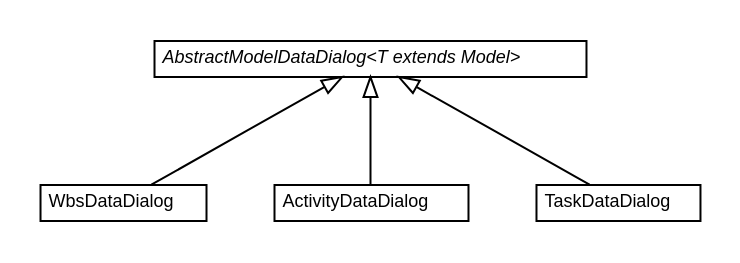
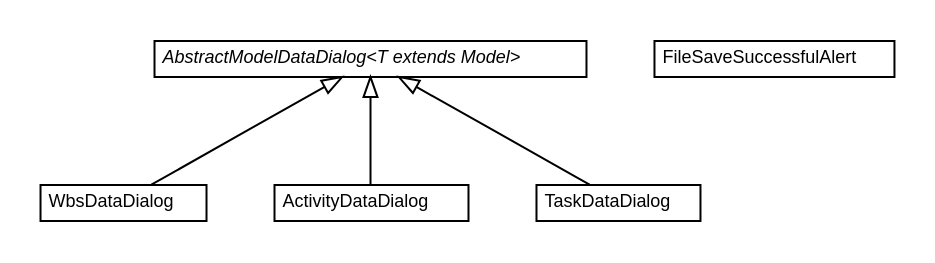
The diagram in net.ljcomputing.status-reporter-2/docs/javadoc/apidocs/net/ljcomputing/sr/fx/dialog/impl/net.ljcomputing.sr.fx.dialog.impl.dot (willmorejg/net.ljcomputing.sr2), drawn with Graphviz before and after one commit. The commit also changed 300 other files, not shown here.

```diff
--- a/net.ljcomputing.status-reporter-2/docs/javadoc/apidocs/net/ljcomputing/sr/fx/dialog/impl/net.ljcomputing.sr.fx.dialog.impl.dot
+++ b/net.ljcomputing.status-reporter-2/docs/javadoc/apidocs/net/ljcomputing/sr/fx/dialog/impl/net.ljcomputing.sr.fx.dialog.impl.dot
@@ -1,42 +1,48 @@
 #!/usr/local/bin/dot
 #
 # Class diagram 
 # Generated by UMLGraph version R5_6 (http://www.umlgraph.org/)
 #
 
 digraph G {
 	edge [fontname="Helvetica",fontsize=10,labelfontname="Helvetica",labelfontsize=10];
 	node [fontname="Helvetica",fontsize=10,shape=plaintext];
 	nodesep=0.25;
 	ranksep=0.5;
 	// net.ljcomputing.sr.fx.dialog.impl.WbsDataDialog
-	c110 [label=<<table title="net.ljcomputing.sr.fx.dialog.impl.WbsDataDialog" border="0" cellborder="1" cellspacing="0" cellpadding="2" port="p" href="./WbsDataDialog.html">
+	c119 [label=<<table title="net.ljcomputing.sr.fx.dialog.impl.WbsDataDialog" border="0" cellborder="1" cellspacing="0" cellpadding="2" port="p" href="./WbsDataDialog.html">
 		<tr><td><table border="0" cellspacing="0" cellpadding="1">
 <tr><td align="center" balign="center"> WbsDataDialog </td></tr>
 		</table></td></tr>
 		</table>>, URL="./WbsDataDialog.html", fontname="Helvetica", fontcolor="black", fontsize=9.0];
 	// net.ljcomputing.sr.fx.dialog.impl.ActivityDataDialog
-	c111 [label=<<table title="net.ljcomputing.sr.fx.dialog.impl.ActivityDataDialog" border="0" cellborder="1" cellspacing="0" cellpadding="2" port="p" href="./ActivityDataDialog.html">
+	c120 [label=<<table title="net.ljcomputing.sr.fx.dialog.impl.ActivityDataDialog" border="0" cellborder="1" cellspacing="0" cellpadding="2" port="p" href="./ActivityDataDialog.html">
 		<tr><td><table border="0" cellspacing="0" cellpadding="1">
 <tr><td align="center" balign="center"> ActivityDataDialog </td></tr>
 		</table></td></tr>
 		</table>>, URL="./ActivityDataDialog.html", fontname="Helvetica", fontcolor="black", fontsize=9.0];
+	// net.ljcomputing.sr.fx.dialog.impl.FileSaveSuccessfulAlert
+	c121 [label=<<table title="net.ljcomputing.sr.fx.dialog.impl.FileSaveSuccessfulAlert" border="0" cellborder="1" cellspacing="0" cellpadding="2" port="p" href="./FileSaveSuccessfulAlert.html">
+		<tr><td><table border="0" cellspacing="0" cellpadding="1">
+<tr><td align="center" balign="center"> FileSaveSuccessfulAlert </td></tr>
+		</table></td></tr>
+		</table>>, URL="./FileSaveSuccessfulAlert.html", fontname="Helvetica", fontcolor="black", fontsize=9.0];
 	// net.ljcomputing.sr.fx.dialog.impl.AbstractModelDataDialog<T extends net.ljcomputing.model.Model>
-	c112 [label=<<table title="net.ljcomputing.sr.fx.dialog.impl.AbstractModelDataDialog" border="0" cellborder="1" cellspacing="0" cellpadding="2" port="p" href="./AbstractModelDataDialog.html">
+	c122 [label=<<table title="net.ljcomputing.sr.fx.dialog.impl.AbstractModelDataDialog" border="0" cellborder="1" cellspacing="0" cellpadding="2" port="p" href="./AbstractModelDataDialog.html">
 		<tr><td><table border="0" cellspacing="0" cellpadding="1">
 <tr><td align="center" balign="center"><font face="Helvetica-Oblique"> AbstractModelDataDialog&lt;T extends Model&gt; </font></td></tr>
 		</table></td></tr>
 		</table>>, URL="./AbstractModelDataDialog.html", fontname="Helvetica", fontcolor="black", fontsize=9.0];
 	// net.ljcomputing.sr.fx.dialog.impl.TaskDataDialog
-	c113 [label=<<table title="net.ljcomputing.sr.fx.dialog.impl.TaskDataDialog" border="0" cellborder="1" cellspacing="0" cellpadding="2" port="p" href="./TaskDataDialog.html">
+	c123 [label=<<table title="net.ljcomputing.sr.fx.dialog.impl.TaskDataDialog" border="0" cellborder="1" cellspacing="0" cellpadding="2" port="p" href="./TaskDataDialog.html">
 		<tr><td><table border="0" cellspacing="0" cellpadding="1">
 <tr><td align="center" balign="center"> TaskDataDialog </td></tr>
 		</table></td></tr>
 		</table>>, URL="./TaskDataDialog.html", fontname="Helvetica", fontcolor="black", fontsize=9.0];
 	//net.ljcomputing.sr.fx.dialog.impl.WbsDataDialog extends net.ljcomputing.sr.fx.dialog.impl.AbstractModelDataDialog<net.ljcomputing.sr.model.WorkBreakdownStructure>
-	c112:p -> c110:p [dir=back,arrowtail=empty];
+	c122:p -> c119:p [dir=back,arrowtail=empty];
 	//net.ljcomputing.sr.fx.dialog.impl.ActivityDataDialog extends net.ljcomputing.sr.fx.dialog.impl.AbstractModelDataDialog<net.ljcomputing.sr.model.Activity>
-	c112:p -> c111:p [dir=back,arrowtail=empty];
+	c122:p -> c120:p [dir=back,arrowtail=empty];
 	//net.ljcomputing.sr.fx.dialog.impl.TaskDataDialog extends net.ljcomputing.sr.fx.dialog.impl.AbstractModelDataDialog<net.ljcomputing.sr.model.TaskViewModel>
-	c112:p -> c113:p [dir=back,arrowtail=empty];
+	c122:p -> c123:p [dir=back,arrowtail=empty];
 }
```
